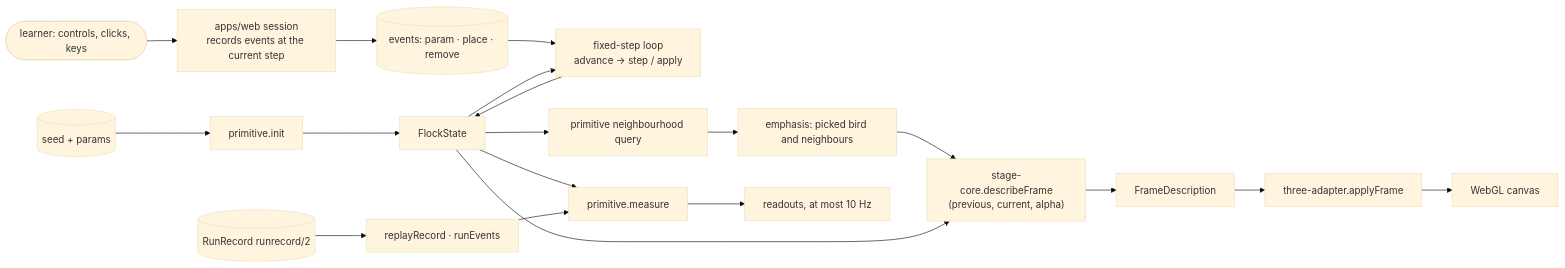
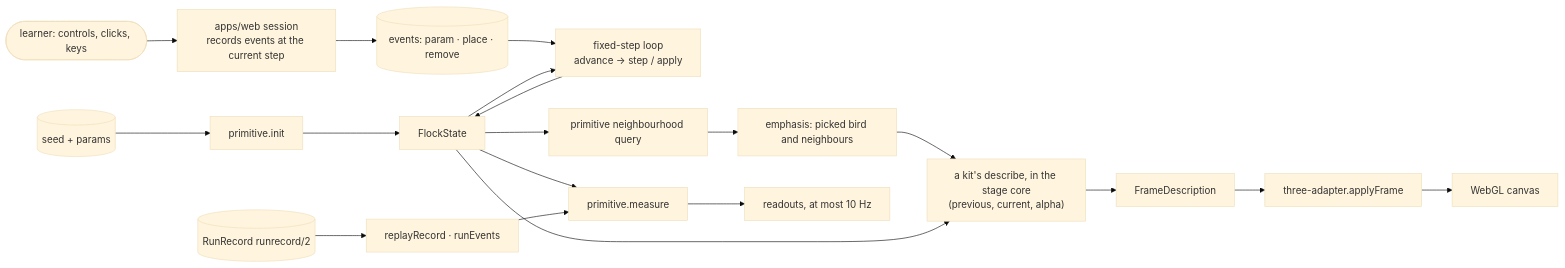
One commit to ritwiz06/PaperPlay changed the second of 2 diagrams in docs/architecture.md. Above: the diagram before and after it, drawn with Mermaid (base theme). The commit also changed other lines of this file and 6 other files, not shown here.

````diff
--- a/docs/architecture.md
+++ b/docs/architecture.md
@@ -83,21 +94,21 @@
 ```mermaid
 flowchart LR
   seed[("seed + params")] --> init["primitive.init"]
   init --> state["FlockState"]
   learner(["learner: controls, clicks, keys"]) --> session["apps/web session<br/>records events at the current step"]
   session --> events[("events: param · place · remove")]
   events --> loop
   state --> loop["fixed-step loop<br/>advance → step / apply"]
   loop --> state
   state --> query["primitive neighbourhood query"]
   query --> emphasis["emphasis: picked bird and neighbours"]
   emphasis --> describe
-  state --> describe["stage-core.describeFrame<br/>(previous, current, alpha)"]
+  state --> describe["a kit's describe, in the stage core<br/>(previous, current, alpha)"]
   describe --> frame["FrameDescription"]
   frame --> apply["three-adapter.applyFrame"]
   apply --> canvas["WebGL canvas"]
   state --> measure["primitive.measure"]
   measure --> readouts["readouts, at most 10 Hz"]
   record[("RunRecord runrecord/2")] --> replay["replayRecord · runEvents"]
   replay --> measure
 ```
````
